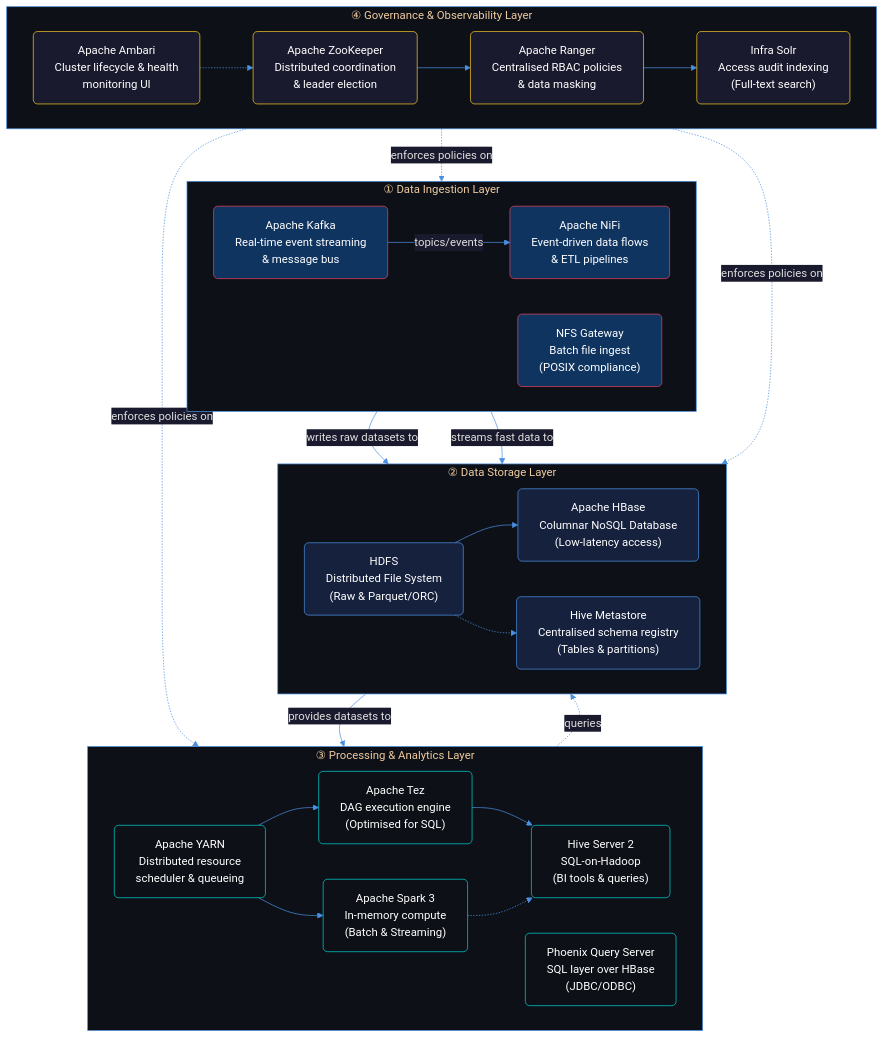
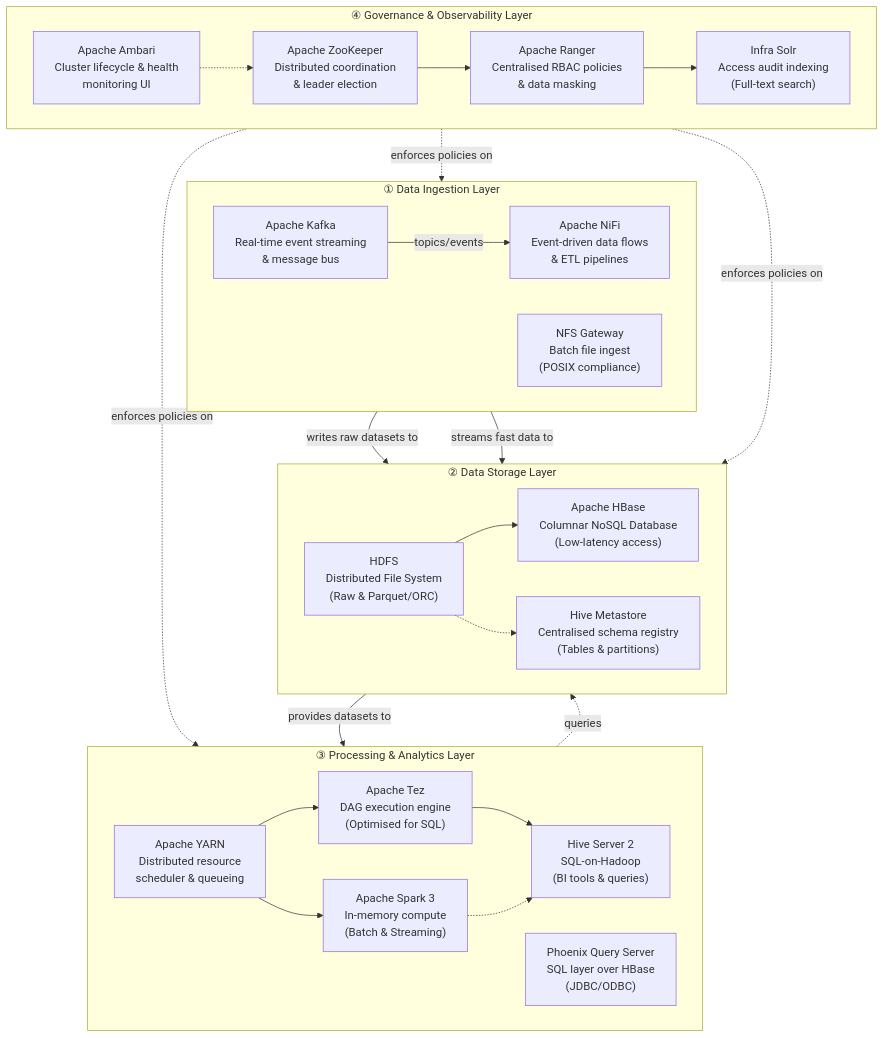
One commit to joaopfduarte/Article-CDP changed the diagram in content/assets/mermaid/datalake-architecture.mmd. Above: the diagram before and after it, drawn with Mermaid. The commit also changed 1 other file, not shown here.

```diff
--- a/content/assets/mermaid/datalake-architecture.mmd
+++ b/content/assets/mermaid/datalake-architecture.mmd
@@ -1,75 +1,64 @@
-%%{init: {"theme": "base", "themeVariables": {"primaryColor": "#1a1a2e", "primaryTextColor": "#e0e0e0", "primaryBorderColor": "#4a90e2", "lineColor": "#4a90e2", "secondaryColor": "#16213e", "tertiaryColor": "#0f3460", "clusterBkg": "#0d1117", "clusterBorder": "#4a90e2", "edgeLabelBackground": "#1a1a2e", "fontFamily": "Segoe UI, sans-serif"}}}%%
+
 graph TD
     %% =========================================================
     %%  Data Lake Final Architecture (Default Profile)
     %%  Focus: Functional capabilities, not infrastructure/provisioning
     %% =========================================================
 
     subgraph INGEST ["① Data Ingestion Layer"]
         direction LR
         KAFKA["Apache Kafka\nReal-time event streaming\n& message bus"]
         NIFI["Apache NiFi\nEvent-driven data flows\n& ETL pipelines"]
         NFS["NFS Gateway\nBatch file ingest\n(POSIX compliance)"]
         
         KAFKA -->|"topics/events"| NIFI
     end
 
     subgraph STORE ["② Data Storage Layer"]
         direction LR
         HDFS["HDFS\nDistributed File System\n(Raw & Parquet/ORC)"]
         HBASE["Apache HBase\nColumnar NoSQL Database\n(Low-latency access)"]
         HMETA["Hive Metastore\nCentralised schema registry\n(Tables & partitions)"]
         
         HDFS --> HBASE
         HDFS -.-> HMETA
     end
 
     subgraph PROCESS ["③ Processing & Analytics Layer"]
         direction LR
         YARN["Apache YARN\nDistributed resource\nscheduler & queueing"]
         SPARK["Apache Spark 3\nIn-memory compute\n(Batch & Streaming)"]
         TEZ["Apache Tez\nDAG execution engine\n(Optimised for SQL)"]
         
         YARN --> SPARK
         YARN --> TEZ
         
         HIVE["Hive Server 2\nSQL-on-Hadoop\n(BI tools & queries)"]
         PHOENIX["Phoenix Query Server\nSQL layer over HBase\n(JDBC/ODBC)"]
         
         TEZ --> HIVE
         SPARK -.-> HIVE
     end
 
     subgraph GOVERN ["④ Governance & Observability Layer"]
         direction LR
         RANGER["Apache Ranger\nCentralised RBAC policies\n& data masking"]
         SOLR["Infra Solr\nAccess audit indexing\n(Full-text search)"]
         ZK["Apache ZooKeeper\nDistributed coordination\n& leader election"]
         AMBARI["Apache Ambari\nCluster lifecycle & health\nmonitoring UI"]
         
         RANGER --> SOLR
         ZK --> RANGER
         AMBARI -.-> ZK
     end
 
     %% Key relationships between layers
     INGEST -->|"writes raw datasets to"| HDFS
     INGEST -->|"streams fast data to"| HBASE
     
     STORE -->|"provides datasets to"| PROCESS
     PHOENIX -.->|"queries"| HBASE
     
     GOVERN -.->|"enforces policies on"| INGEST
     GOVERN -.->|"enforces policies on"| STORE
     GOVERN -.->|"enforces policies on"| PROCESS
-
-    %% Styling
-    classDef ingestStyle  fill:#0f3460,stroke:#e94560,color:#fff,rx:6
-    classDef storeStyle   fill:#16213e,stroke:#4a90e2,color:#fff,rx:6
-    classDef processStyle fill:#0d1117,stroke:#00d2d3,color:#fff,rx:6
-    classDef governStyle  fill:#1a1a2e,stroke:#f9ca24,color:#fff,rx:6
-
-    class KAFKA,NIFI,NFS ingestStyle
-    class HDFS,HBASE,HMETA storeStyle
-    class YARN,SPARK,TEZ,HIVE,PHOENIX processStyle
-    class RANGER,SOLR,ZK,AMBARI governStyle
```
